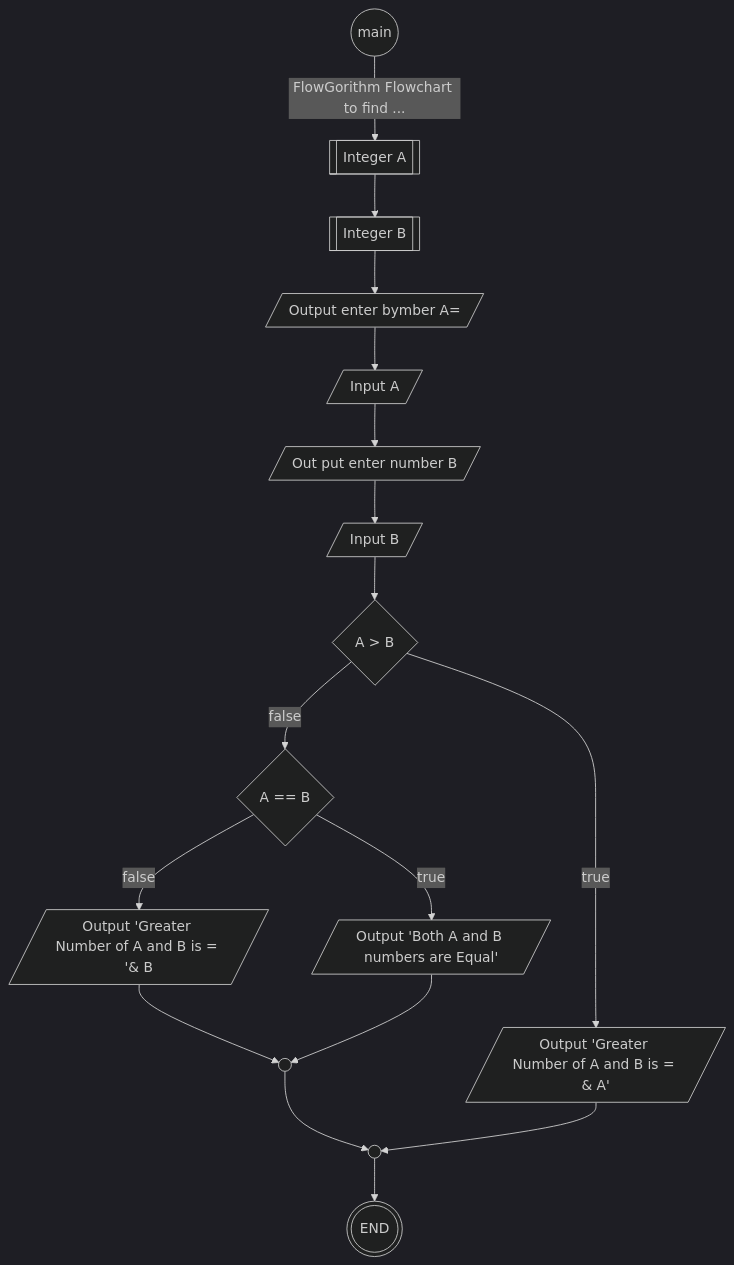
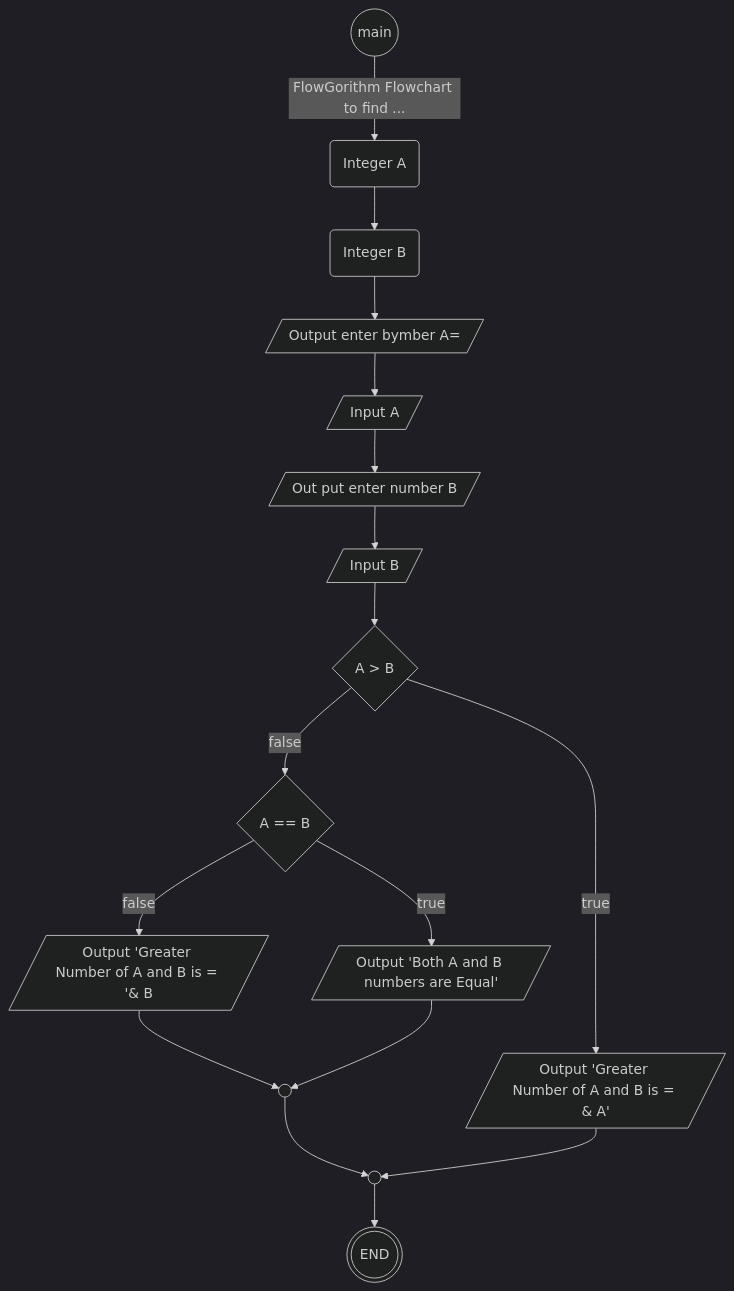
The diagram in Chart.md (dangxuanloc/mermaid-diagram), drawn with Mermaid (dark theme) before and after one commit.

````diff
--- a/Chart.md
+++ b/Chart.md
@@ -1,20 +1,20 @@
 ```mermaid
 flowchart TD
     m((main)) -->
-    |FlowGorithm Flowchart to find ...| A[[Integer A]]
-    -->B[[Integer B]]
+    |FlowGorithm Flowchart to find ...| A(Integer A)
+    -->B(Integer B)
     -->bh1[/Output enter bymber A=/]
     -->bh2[/Input A/]
     -->bh3[/Out put enter number B/]
     -->bh4[/Input B/]
     -->condition1{A > B}
     condition1-->|false|condition2{A == B}
     condition1-->|true|bh5[/Output 'Greater Number of A and B is = & A'/]
     condition2-->|false|bh6[/Output 'Greater Number of A and B is = '& B/]
     condition2-->|true|bh7[/Output 'Both A and B numbers are Equal'/]
     bh6-->id1(( ))
     bh7-->id1(( ))
     id1-->id2(((End)))
     bh5-->id2(( ))
     id2-->id3(((END)))
 ```
````
